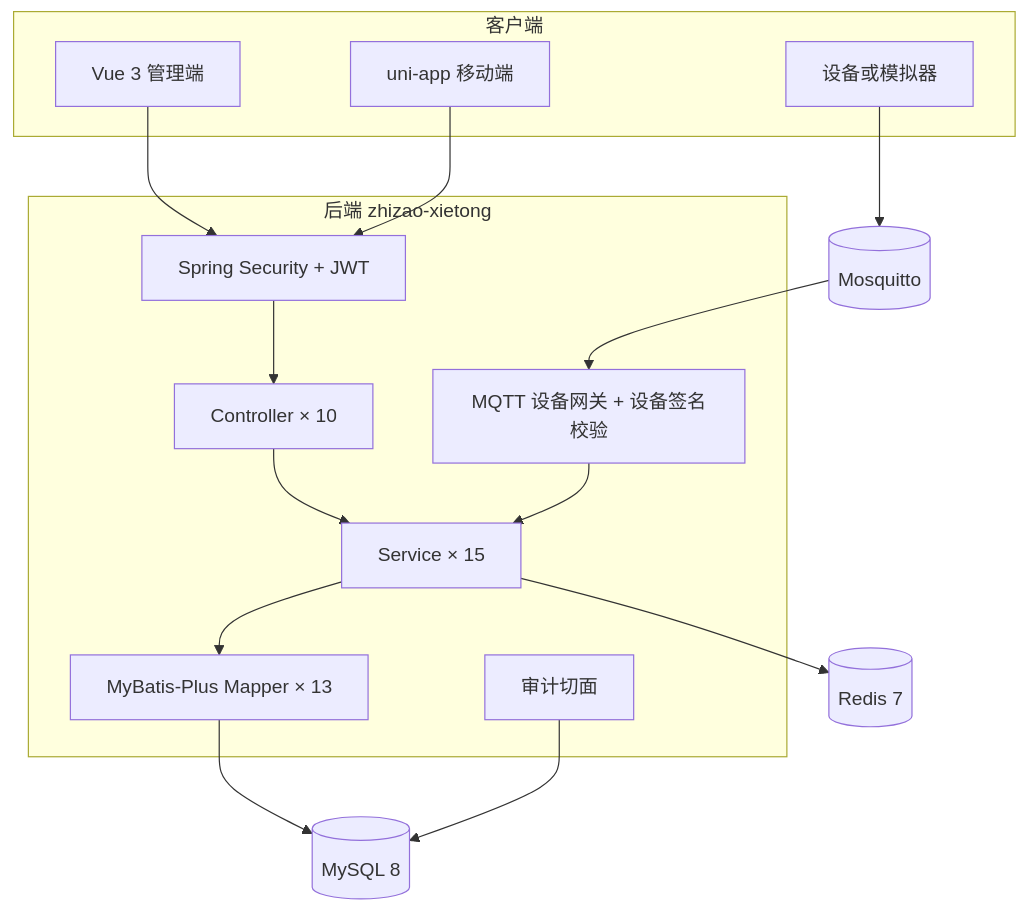
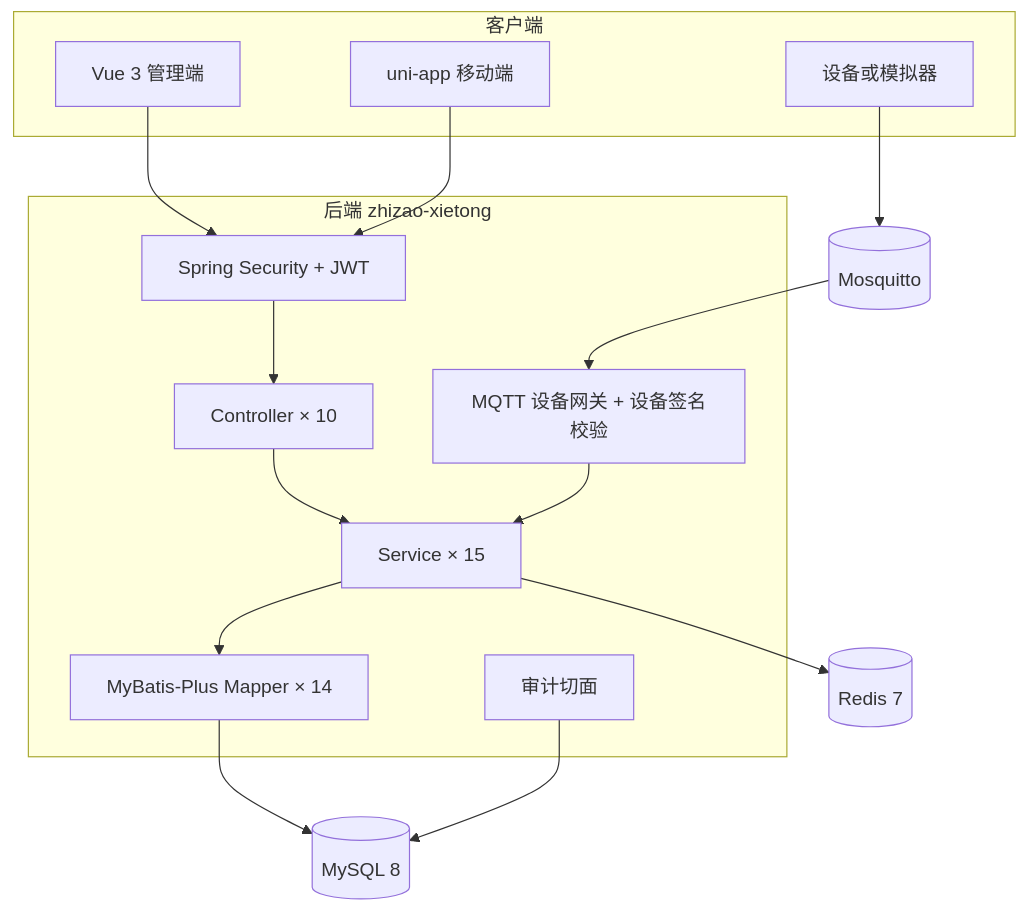
Before and after one commit to HH112-ux/Industrial-Application: the first of 3 diagrams in docs/ENGINEERING-DESIGN.md, drawn with Mermaid. The commit also changed other lines of this file and 4 other files, not shown here.

````diff
--- a/docs/ENGINEERING-DESIGN.md
+++ b/docs/ENGINEERING-DESIGN.md
@@ -53,31 +53,31 @@
 ```mermaid
 graph TB
     subgraph "客户端"
         Web["Vue 3 管理端"]
         Mobile["uni-app 移动端"]
         Device["设备或模拟器"]
     end
     subgraph "后端 zhizao-xietong"
         Sec["Spring Security + JWT"]
         Ctrl["Controller × 10"]
         Svc["Service × 15"]
         Gateway["MQTT 设备网关 + 设备签名校验"]
         Aspect["审计切面"]
-        Mapper["MyBatis-Plus Mapper × 13"]
+        Mapper["MyBatis-Plus Mapper × 14"]
     end
     DB[("MySQL 8")]
     Redis[("Redis 7")]
     MQ[("Mosquitto")]
 
     Web --> Sec
     Mobile --> Sec
     Sec --> Ctrl
     Ctrl --> Svc
     Svc --> Mapper
     Mapper --> DB
     Device --> MQ
     MQ --> Gateway
     Gateway --> Svc
     Svc --> Redis
     Aspect --> DB
 ```
````
